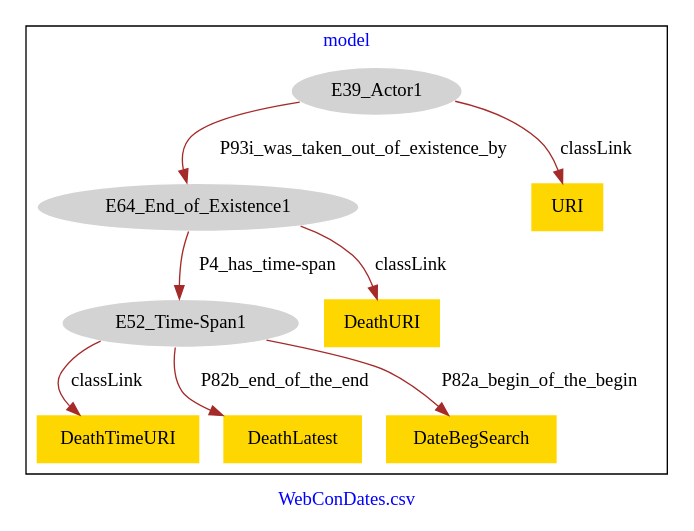
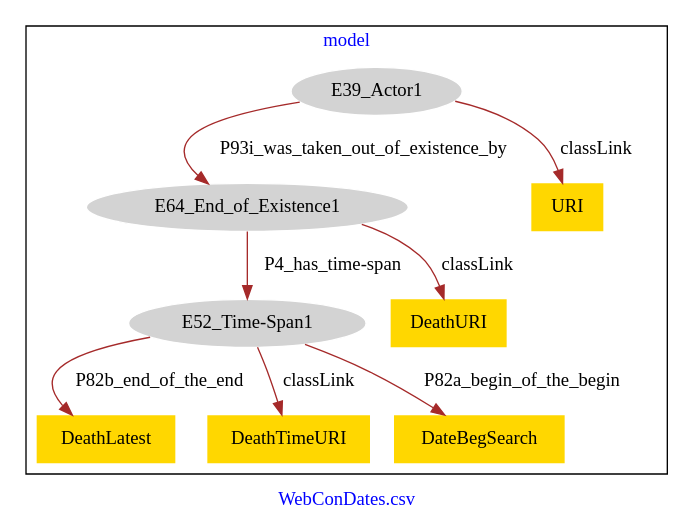
The diagram in WebConDatesDeath/WebConDatesDeath-model.dot (american-art/SAAM), drawn with Graphviz before and after one commit.

Commit message:
Update file WebConDatesDeath-model.dot

```diff
--- a/WebConDatesDeath/WebConDatesDeath-model.dot
+++ b/WebConDatesDeath/WebConDatesDeath-model.dot
@@ -1,23 +1,23 @@
 digraph n0 {
 fontcolor="blue"
 remincross="true"
 label="WebConDates.csv"
 subgraph cluster {
 label="model"
 n2[style="filled",color="white",fillcolor="lightgray",label="E39_Actor1"];
 n3[style="filled",color="white",fillcolor="lightgray",label="E64_End_of_Existence1"];
 n4[style="filled",color="white",fillcolor="lightgray",label="E52_Time-Span1"];
-n5[shape="plaintext",style="filled",fillcolor="gold",label="DeathTimeURI"];
+n5[shape="plaintext",style="filled",fillcolor="gold",label="DeathLatest"];
 n6[shape="plaintext",style="filled",fillcolor="gold",label="URI"];
-n7[shape="plaintext",style="filled",fillcolor="gold",label="DeathLatest"];
-n8[shape="plaintext",style="filled",fillcolor="gold",label="DeathURI"];
+n7[shape="plaintext",style="filled",fillcolor="gold",label="DeathURI"];
+n8[shape="plaintext",style="filled",fillcolor="gold",label="DeathTimeURI"];
 n9[shape="plaintext",style="filled",fillcolor="gold",label="DateBegSearch"];
 }
 n2 -> n3[color="brown",fontcolor="black",label="P93i_was_taken_out_of_existence_by"]
 n3 -> n4[color="brown",fontcolor="black",label="P4_has_time-span"]
-n4 -> n5[color="brown",fontcolor="black",label="classLink"]
+n4 -> n5[color="brown",fontcolor="black",label="P82b_end_of_the_end"]
 n2 -> n6[color="brown",fontcolor="black",label="classLink"]
-n4 -> n7[color="brown",fontcolor="black",label="P82b_end_of_the_end"]
-n3 -> n8[color="brown",fontcolor="black",label="classLink"]
+n3 -> n7[color="brown",fontcolor="black",label="classLink"]
+n4 -> n8[color="brown",fontcolor="black",label="classLink"]
 n4 -> n9[color="brown",fontcolor="black",label="P82a_begin_of_the_begin"]
 }
```
